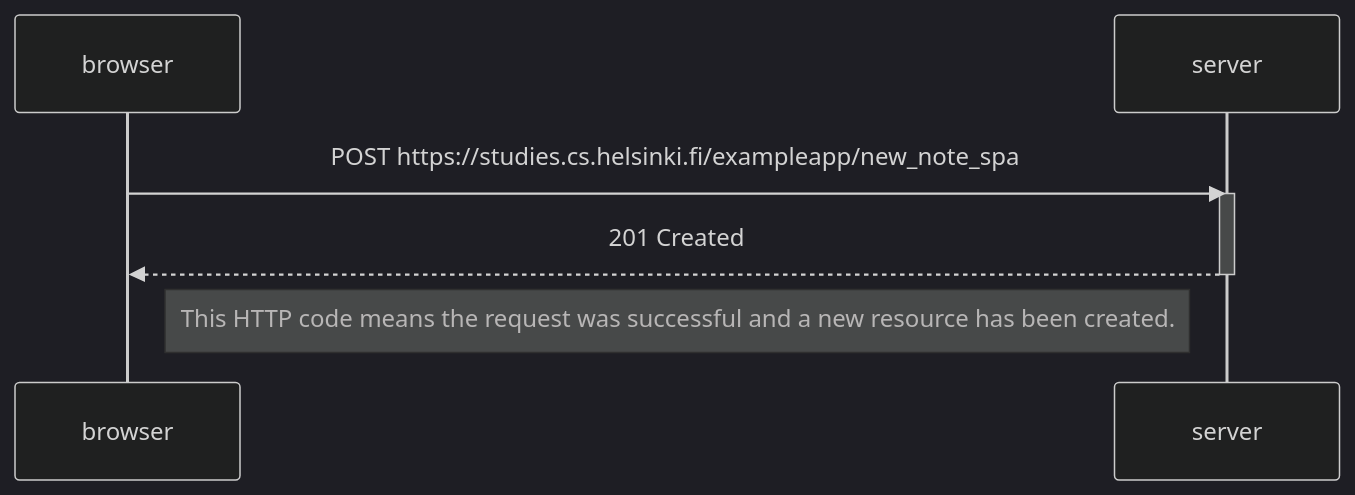
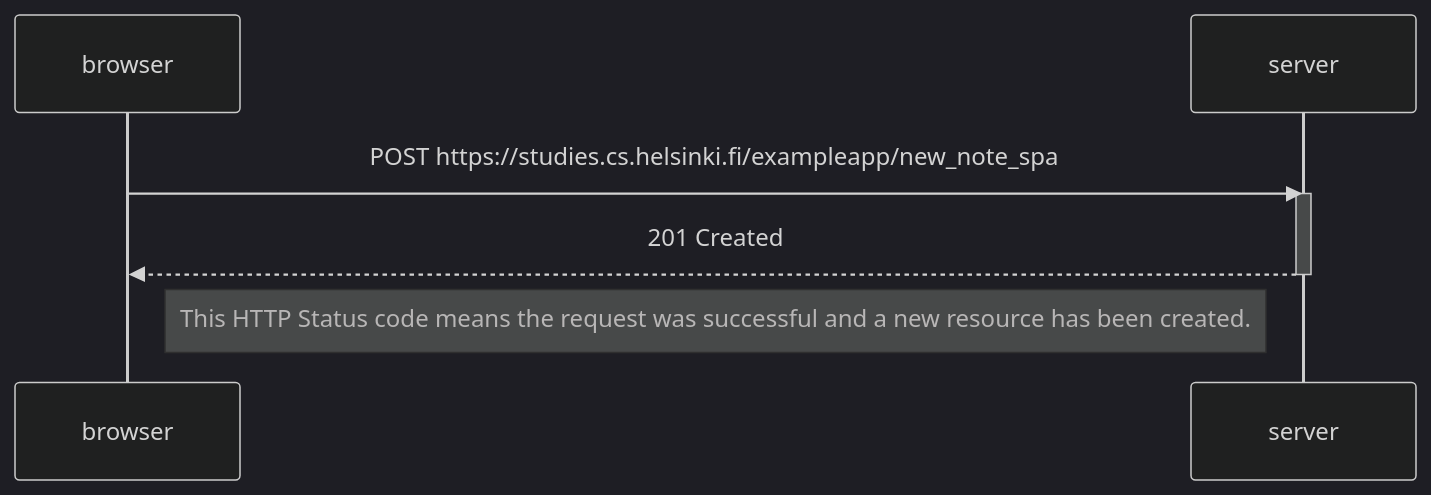
Before and after one commit to RamiroGomez1/Full-Stack-Open: the diagram in Exercise 0.6/mermaid.md, drawn with Mermaid (dark theme).

Commit message:
Exercise

````diff
--- a/Exercise 0.6/mermaid.md
+++ b/Exercise 0.6/mermaid.md
@@ -1,13 +1,13 @@
 ```mermaid
 sequenceDiagram
     participant browser
     participant server
 
     browser->>server: POST https://studies.cs.helsinki.fi/exampleapp/new_note_spa
     activate server
     server-->>browser: 201 Created
     deactivate server
 
-    Note right of browser: This HTTP code means the request was successful and a new resource has been created.
+    Note right of browser: This HTTP Status code means the request was successful and a new resource has been created.
 
 ```
````
